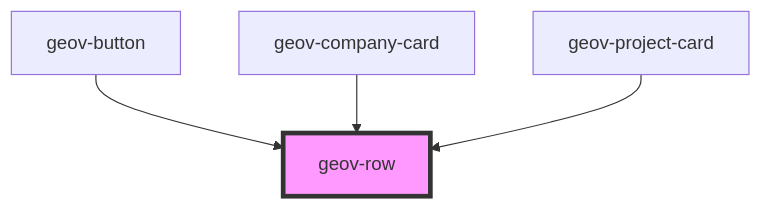
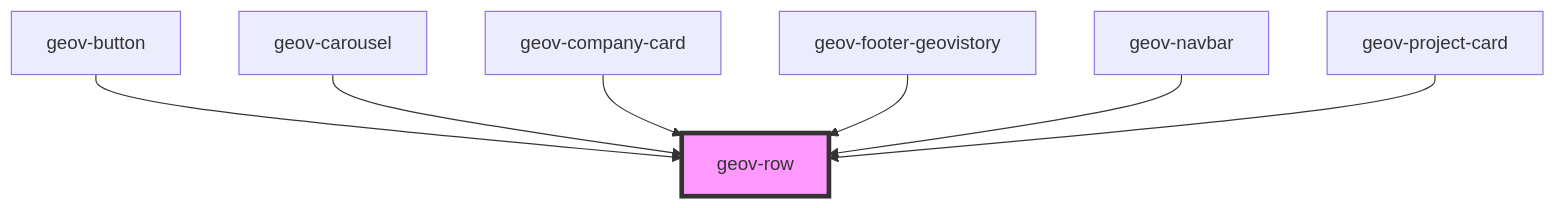
Before and after one commit to geovistory/design-system: the diagram in packages/design-system-web/src/components/grid/geov-row/readme.md, drawn with Mermaid. The commit also changed other lines of this file and 67 other files, not shown here.

````diff
--- a/packages/design-system-web/src/components/grid/geov-row/readme.md
+++ b/packages/design-system-web/src/components/grid/geov-row/readme.md
@@ -24,7 +37,10 @@
 ```mermaid
 graph TD;
   geov-button --> geov-row
+  geov-carousel --> geov-row
   geov-company-card --> geov-row
+  geov-footer-geovistory --> geov-row
+  geov-navbar --> geov-row
   geov-project-card --> geov-row
   style geov-row fill:#f9f,stroke:#333,stroke-width:4px
 ```
````
